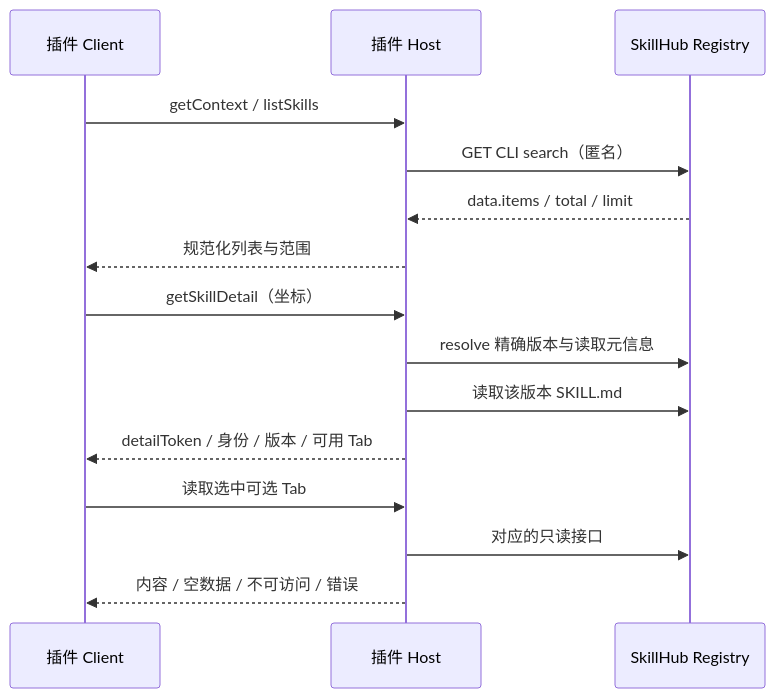
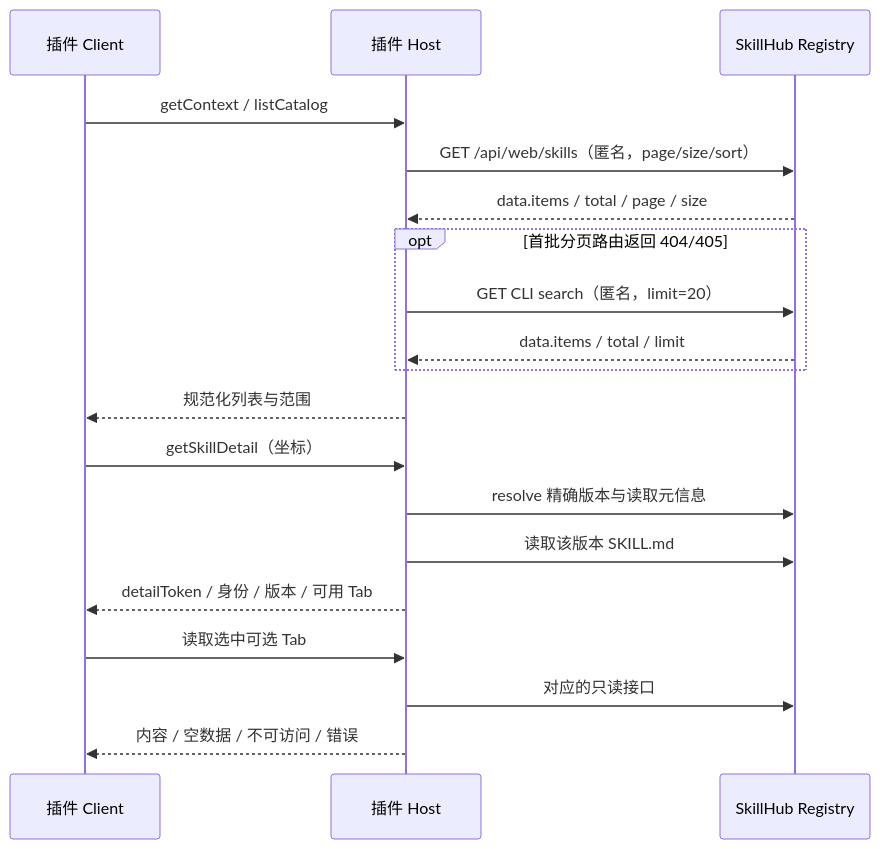
Before and after one commit to iflytek/skillhub: the diagram in openspec/changes/add-dsh-native-plugin/interface-design.md, drawn with Mermaid. The commit also changed other lines of this file and 610 other files, not shown here.

````diff
--- a/openspec/changes/add-dsh-native-plugin/interface-design.md
+++ b/openspec/changes/add-dsh-native-plugin/interface-design.md
@@ -7,17 +7,21 @@
 ```mermaid
 sequenceDiagram
   participant C as 插件 Client
   participant H as 插件 Host
   participant R as SkillHub Registry
-  C->>H: getContext / listSkills
-  H->>R: GET CLI search（匿名）
-  R-->>H: data.items / total / limit
+  C->>H: getContext / listCatalog
+  H->>R: GET /api/web/skills（匿名，page/size/sort）
+  R-->>H: data.items / total / page / size
+  opt 首批分页路由返回 404/405
+    H->>R: GET CLI search（匿名，limit=20）
+    R-->>H: data.items / total / limit
+  end
   H-->>C: 规范化列表与范围
   C->>H: getSkillDetail（坐标）
   H->>R: resolve 精确版本与读取元信息
   H->>R: 读取该版本 SKILL.md
   H-->>C: detailToken / 身份 / 版本 / 可用 Tab
   C->>H: 读取选中可选 Tab
   H->>R: 对应的只读接口
   H-->>C: 内容 / 空数据 / 不可访问 / 错误
 ```
````
